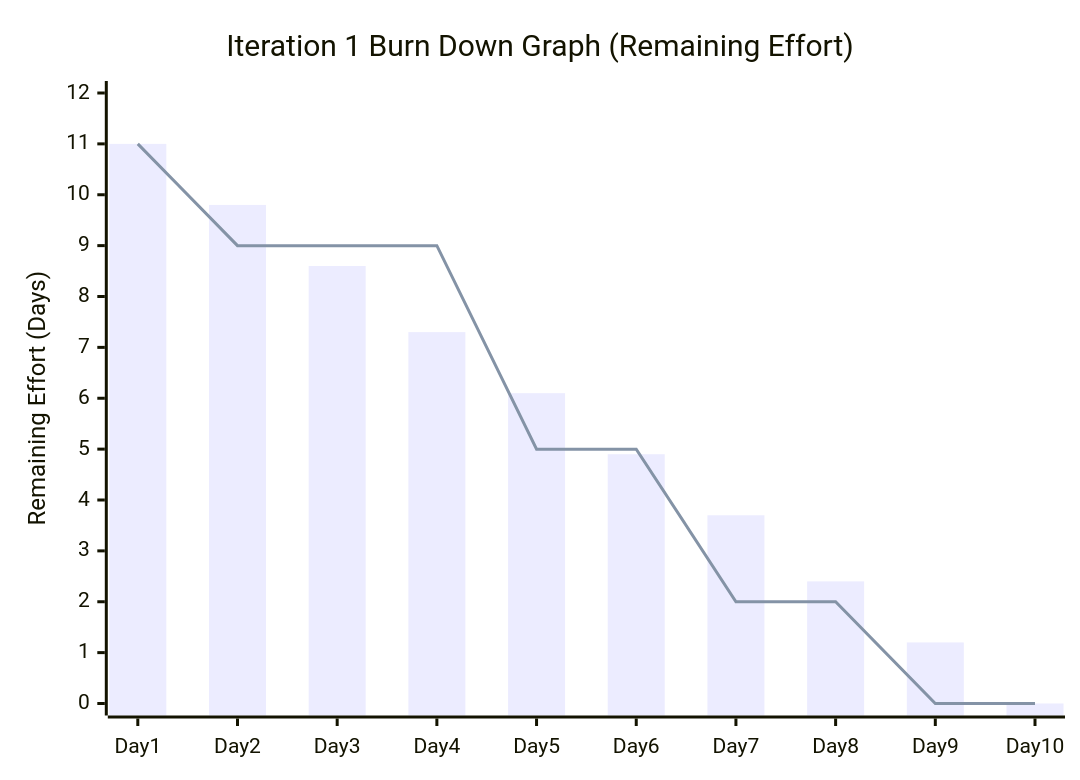
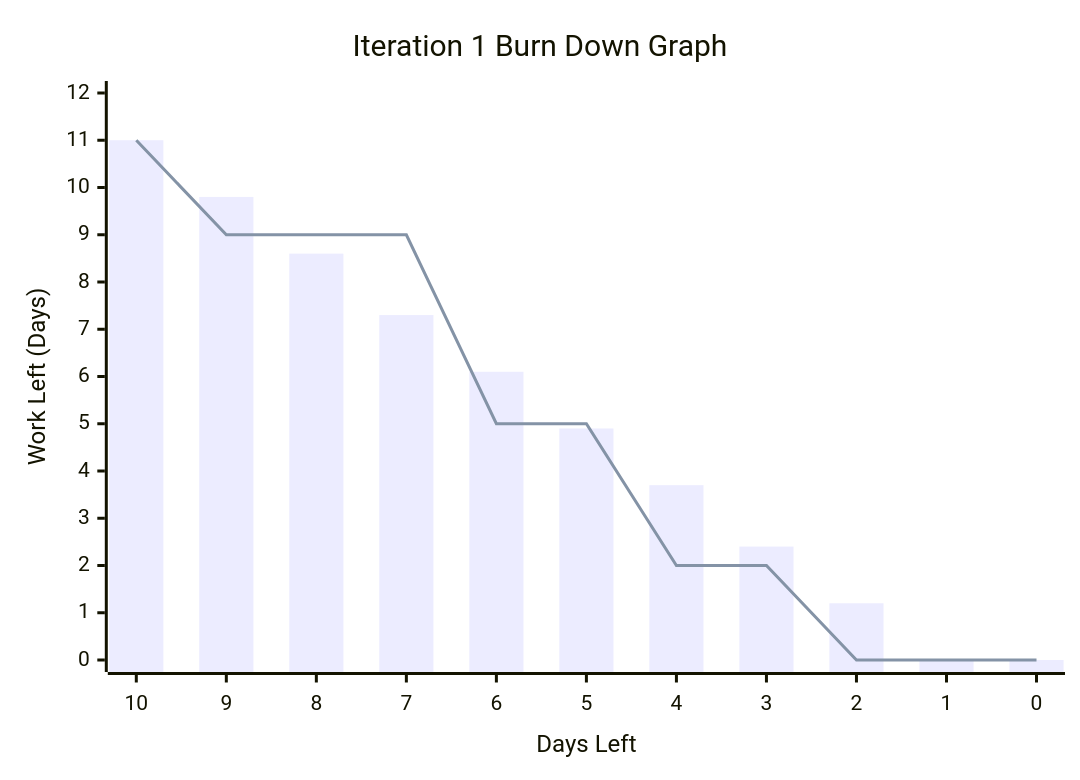
One commit to Chu-Junjie/CP3407-PROJECT changed the diagram in README.md. Above: the diagram before and after it, drawn with Mermaid. The commit also changed other lines of this file, not shown here.

Commit message:
docs: update burn down graph axes to match textbook layout

````diff
--- a/README.md
+++ b/README.md
@@ -65,8 +68,8 @@
 ```mermaid
 xychart-beta
-    title "Iteration 1 Burn Down Graph (Remaining Effort)"
-    x-axis [Day 1, Day 2, Day 3, Day 4, Day 5, Day 6, Day 7, Day 8, Day 9, Day 10]
-    y-axis "Remaining Effort (Days)" 0 --> 12
-    bar [11, 9.8, 8.6, 7.3, 6.1, 4.9, 3.7, 2.4, 1.2, 0]
-    line [11, 9, 9, 9, 5, 5, 2, 2, 0, 0]
+    title "Iteration 1 Burn Down Graph"
+    x-axis "Days Left" [10, 9, 8, 7, 6, 5, 4, 3, 2, 1, 0]
+    y-axis "Work Left (Days)" 0 --> 12
+    bar [11, 9.8, 8.6, 7.3, 6.1, 4.9, 3.7, 2.4, 1.2, 0, 0]
+    line [11, 9, 9, 9, 5, 5, 2, 2, 0, 0, 0]
 ```
````
